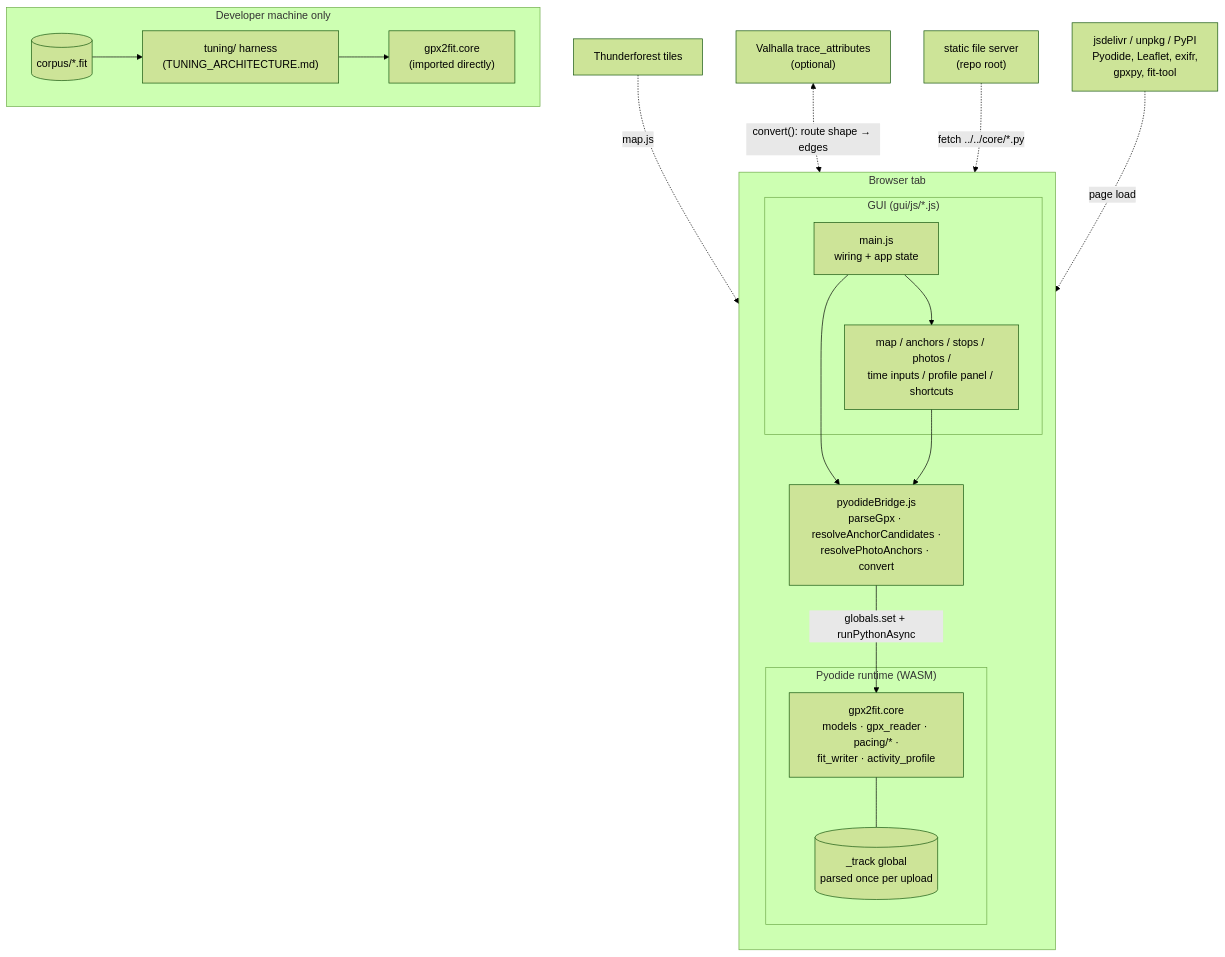
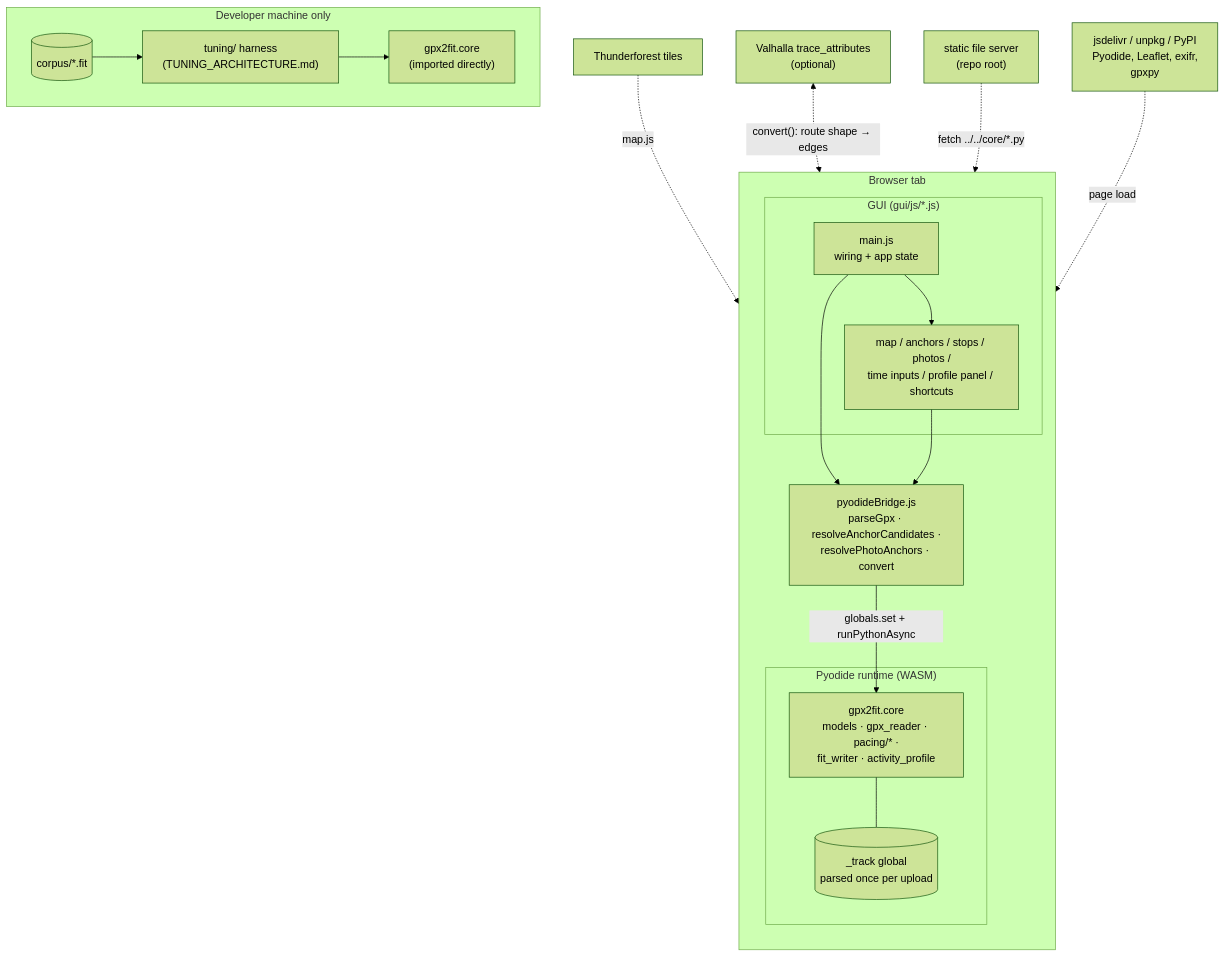
One commit to martin-iflap/GPX_to_FIT changed the first of 15 diagrams in docs/ARCHITECTURE.md. Above: the diagram before and after it, drawn with Mermaid (forest theme). The commit also changed other lines of this file and 13 other files, not shown here.

Commit message:
Replaced fit-tool dependency with fit_encoder.py module for .fit file writing. This cuts the conversion time for a long hike from 10s to 0,185s.

````diff
--- a/docs/ARCHITECTURE.md
+++ b/docs/ARCHITECTURE.md
@@ -86,30 +87,30 @@
 ```mermaid
 flowchart TB
   subgraph Browser["Browser tab"]
     direction TB
     subgraph GUI["GUI (gui/js/*.js)"]
       main["main.js<br/>wiring + app state"]
       ui["map / anchors / stops / photos /<br/>time inputs / profile panel / shortcuts"]
     end
     bridge["pyodideBridge.js<br/>parseGpx · resolveAnchorCandidates ·<br/>resolvePhotoAnchors · convert"]
     subgraph Py["Pyodide runtime (WASM)"]
       track[("_track global<br/>parsed once per upload")]
       core["gpx2fit.core<br/>models · gpx_reader · pacing/* ·<br/>fit_writer · activity_profile"]
     end
     main --> ui
     main --> bridge
     ui --> bridge
     bridge -- "globals.set + runPythonAsync" --> core
     core --- track
   end
 
-  CDN["jsdelivr / unpkg / PyPI<br/>Pyodide, Leaflet, exifr,<br/>gpxpy, fit-tool"] -. "page load" .-> Browser
+  CDN["jsdelivr / unpkg / PyPI<br/>Pyodide, Leaflet, exifr,<br/>gpxpy"] -. "page load" .-> Browser
   TF["Thunderforest tiles"] -. "map.js" .-> ui
   VH["Valhalla trace_attributes<br/>(optional)"] <-. "convert(): route shape → edges" .-> bridge
   Static["static file server<br/>(repo root)"] -. "fetch ../../core/*.py" .-> bridge
 
   subgraph Offline["Developer machine only"]
     tuning["tuning/ harness<br/>(TUNING_ARCHITECTURE.md)"] --> core2["gpx2fit.core<br/>(imported directly)"]
     corpus[("corpus/*.fit")] --> tuning
   end
 ```
````
